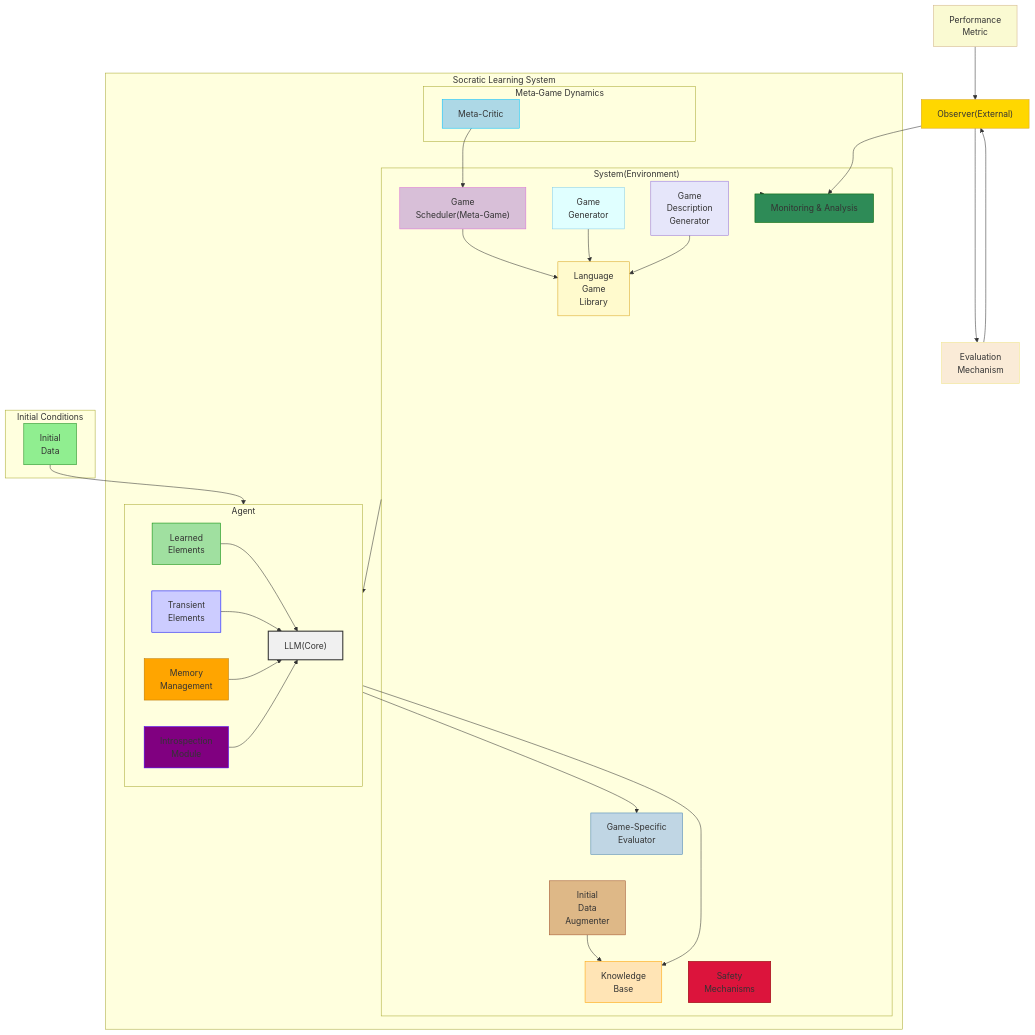
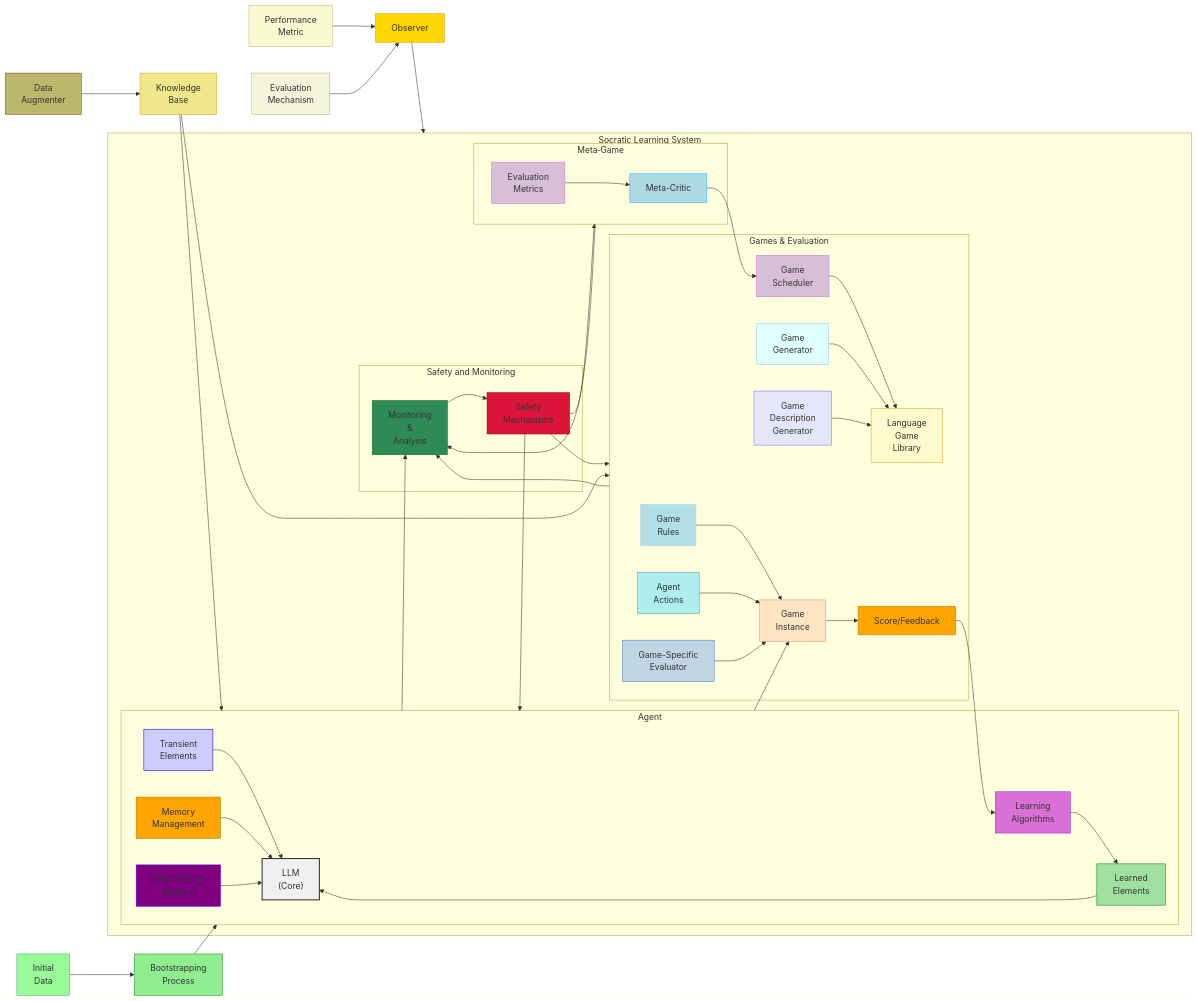
Before and after one commit to nshkrdotcom/diagram_experiments: the diagram in software_dev/12-socratic.mermaid, drawn with Mermaid.

```diff
--- a/software_dev/12-socratic.mermaid
+++ b/software_dev/12-socratic.mermaid
@@ -1,70 +1,82 @@
-graph TD
+graph LR
     subgraph SocraticLearning["Socratic&nbsp;Learning&nbsp;System"]
+
         subgraph Agent["Agent"]
-            LLM["LLM(Core)"]
+            LLM["LLM<br>(Core)"]
             LearnedElements["Learned<br>Elements"] --> LLM
             TransientElements["Transient<br>Elements"] --> LLM
             Memory["Memory<br>Management"] --> LLM
             Introspection["Introspection<br>Module"] --> LLM
+            LearningAlgorithms["Learning<br>Algorithms"] --> LearnedElements
             style LLM fill:#f0f0f0,stroke:#333,stroke-width:2px
             style LearnedElements fill:#a0e0a0,stroke:#080
             style TransientElements fill:#ccf,stroke:#00f
             style Memory fill:#ffa500,stroke:#b70
             style Introspection fill:#800080,stroke:#40f
+            style LearningAlgorithms fill:#da70d6,stroke:#8a2be2
         end
 
-        subgraph System["System(Environment)"]
+        subgraph GamesAndEvaluation["Games&nbsp;&&nbsp;Evaluation"]
             GameLibrary["Language<br>Game<br>Library"]
-            GameScheduler["Game<br>Scheduler(Meta-Game)"] --> GameLibrary
+            GameScheduler["Game<br>Scheduler"] --> GameLibrary
             GameGenerator["Game<br>Generator"] --> GameLibrary
             GameDescriptions["Game<br>Description<br>Generator"] --> GameLibrary
-            Evaluator["Game-Specific<br>Evaluator"]
-            KnowledgeBase["Knowledge<br>Base"]
-            DataAugmenter["Initial<br>Data<br>Augmenter"] --> KnowledgeBase
-            SafetyModule["Safety<br>Mechanisms"]
-            Monitor["Monitoring & Analysis"]
+            
+            GameInstance["Game<br>Instance"]
+            GameRules["Game<br>Rules"] --> GameInstance
+            AgentActions["Agent<br>Actions"] --> GameInstance
+            Evaluator["Game-Specific<br>Evaluator"] --> GameInstance
+            Score["Score/Feedback"] --> LearningAlgorithms
+            
             style GameLibrary fill:#fffacd,stroke:#daa520
             style GameScheduler fill:#d8bfd8,stroke:#da70d6
             style GameGenerator fill:#e0ffff,stroke:#87ceeb
             style GameDescriptions fill:#e6e6fa,stroke:#9370db
+            style GameInstance fill:#ffe4c4,stroke:#f08080
+            style GameRules fill:#b0e0e6,stroke:#add8e6
+            style AgentActions fill:#afeeee,stroke:#5f9ea0
             style Evaluator fill:#c0d6e4,stroke:#4682b4
-            style KnowledgeBase fill:#ffe4b5,stroke:#ffa500
-            style DataAugmenter fill:#deb887,stroke:#a0522d
-            style SafetyModule fill:#dc143c,stroke:#8b0000
-            style Monitor fill:#2e8b57,stroke:#006400            
+            style Score fill:#ffa500,stroke:#b70
         end
 
-         System ----> Agent
+        subgraph Meta["Meta#8209;Game"]
+            MetaCritic["Meta-Critic"] --> GameScheduler
+            EvaluationMetrics["Evaluation<br>Metrics"] --> MetaCritic
+            style MetaCritic fill:#add8e6,stroke:#00bfff
+            style EvaluationMetrics fill:#d8bfd8,stroke:#da70d6
+        end
 
-         Agent --> Evaluator
-
-         Agent ----> KnowledgeBase
-        subgraph Meta["Meta#8209;Game&nbsp;Dynamics"]
-            MetaCritic["Meta-Critic"] --> GameScheduler
-             style MetaCritic fill:#add8e6,stroke:#00bfff
-
+        Agent --> GameInstance
+        GameInstance --> Score
+        
+        subgraph Safety["Safety&nbsp;and&nbsp;Monitoring"]
+            SafetyMechanisms["Safety<br>Mechanisms"]
+            Monitoring["Monitoring<br>&<br>Analysis"] --> SafetyMechanisms
+            style SafetyMechanisms fill:#dc143c,stroke:#8b0000
+            style Monitoring fill:#2e8b57,stroke:#006400
         end
+        SafetyMechanisms --> Agent
+        SafetyMechanisms --> GamesAndEvaluation
+        SafetyMechanisms --> Meta
+        Agent --> Monitoring
+        GamesAndEvaluation --> Monitoring
+        Meta --> Monitoring
 
 
     end
 
-    Observer["Observer(External)"]
-    PerformanceMetric["Performance<br>Metric"] --> Observer
-    EvaluationMechanism["Evaluation<br>Mechanism"] --> Observer
-     style Observer fill:#FFD700,stroke:#DAA520
-     style PerformanceMetric fill:#FAFAD2,stroke:#D2B48C
-     style EvaluationMechanism fill:#FAEBD7,stroke:#F0E68C
+    Observer["Observer"]
+    Performance["Performance<br>Metric"] --> Observer
+    EvaluationMechanism["Evaluation<br>Mechanism"] --> Observer --> SocraticLearning
+    style Observer fill:#FFD700,stroke:#DAA520
+    style Performance fill:#FAFAD2,stroke:#D2B48C
+    style EvaluationMechanism fill:#f5f5dc,stroke:#bdb76b
 
-
-
-
-    Observer ----> EvaluationMechanism
-    SocraticLearning --> Monitor
-     Observer --> Monitor
-
-
-
-    subgraph Bootstrapping["Initial&nbsp;Conditions"]
-        InitialData["Initial<br>Data"] --> Agent
-         style InitialData fill:#90ee90,stroke:#228b22
-    end
+    Bootstrapping["Bootstrapping<br>Process"] --> Agent
+    InitialData["Initial<br>Data"] --> Bootstrapping
+    KnowledgeBase["Knowledge<br>Base"] --> Agent
+    DataAugmenter["Data<br>Augmenter"] --> KnowledgeBase ----> GamesAndEvaluation
+     style Bootstrapping fill:#90ee90,stroke:#228b22
+     style InitialData fill:#98fb98,stroke:#3cb371
+     style KnowledgeBase fill:#f0e68c,stroke:#daa520
+     style DataAugmenter fill:#bdb76b,stroke:#8b4513
```
